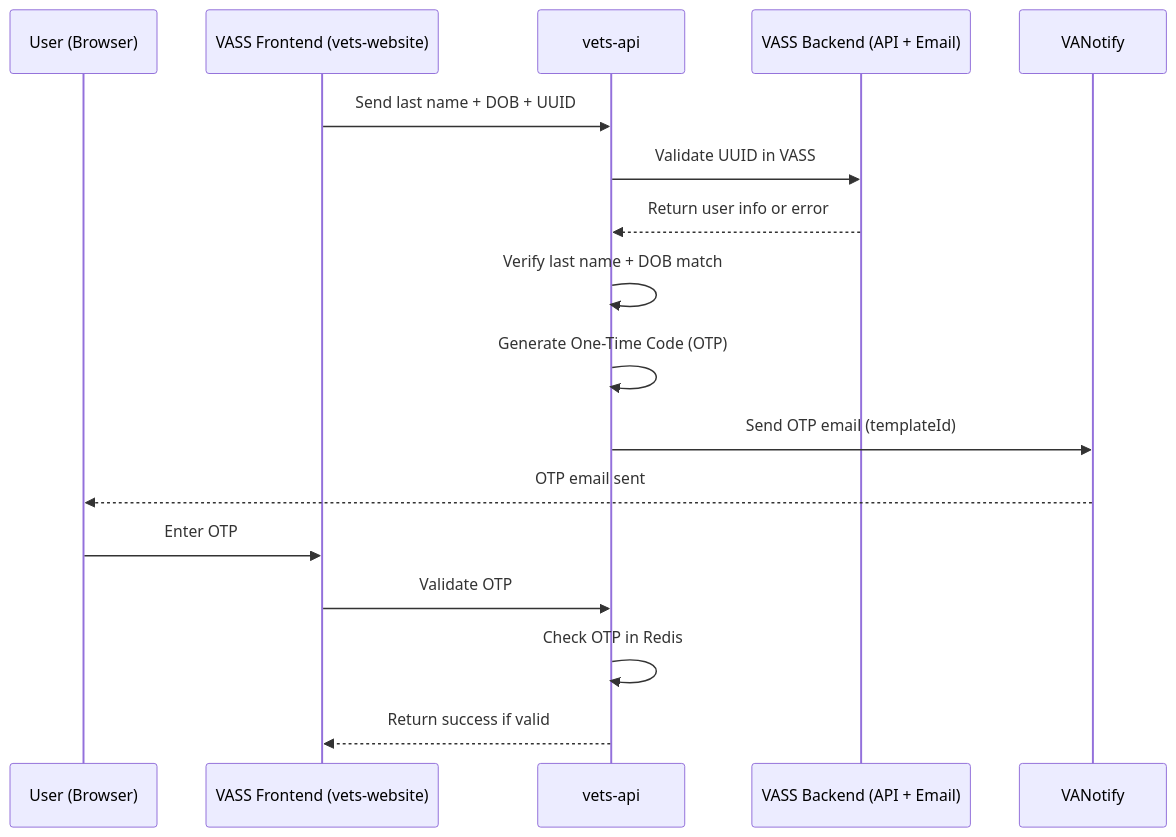
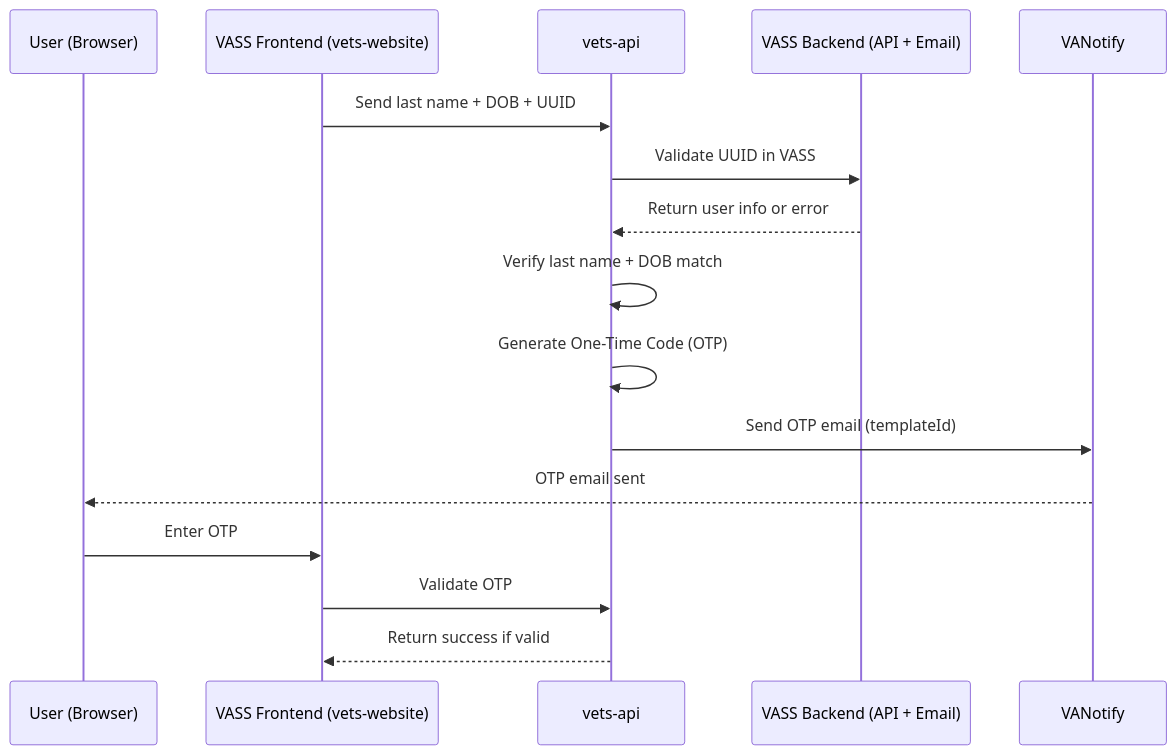
One commit to department-of-veterans-affairs/va.gov-team changed the third of 3 diagrams in products/health-care/appointments/va-online-scheduling/initiatives/solid-start-scheduling/engineering/sequence-diagrams/user-journeys.md. Above: the diagram before and after it, drawn with Mermaid.

````diff
--- a/products/health-care/appointments/va-online-scheduling/initiatives/solid-start-scheduling/engineering/sequence-diagrams/user-journeys.md
+++ b/products/health-care/appointments/va-online-scheduling/initiatives/solid-start-scheduling/engineering/sequence-diagrams/user-journeys.md
@@ -96,23 +96,22 @@
 ```mermaid
 sequenceDiagram
     participant user as User (Browser)
     participant vetsWebsite as VASS Frontend (vets-website)
     participant vetsApi as vets-api
     participant vassBackend as VASS Backend (API + Email)
     participant vaNotify as VANotify
 
     %% Step 1: Request One-Time Code (OTP)
     vetsWebsite->>vetsApi: Send last name + DOB + UUID
     vetsApi->>vassBackend: Validate UUID in VASS
     vassBackend-->>vetsApi: Return user info or error
     vetsApi->>vetsApi: Verify last name + DOB match
     vetsApi->>vetsApi: Generate One-Time Code (OTP)
     vetsApi->>vaNotify: Send OTP email (templateId)
     vaNotify-->>user: OTP email sent
 
     %% Step 2: User enters OTP
     user->>vetsWebsite: Enter OTP
     vetsWebsite->>vetsApi: Validate OTP
-    vetsApi->>vetsApi: Check OTP in Redis
     vetsApi-->>vetsWebsite: Return success if valid
 ```
````
